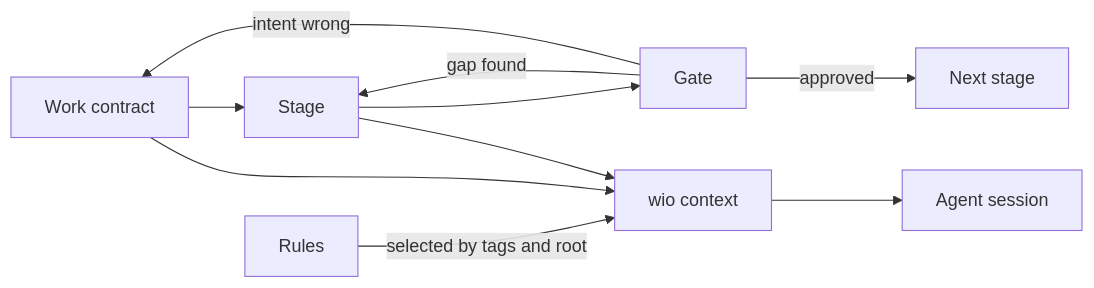
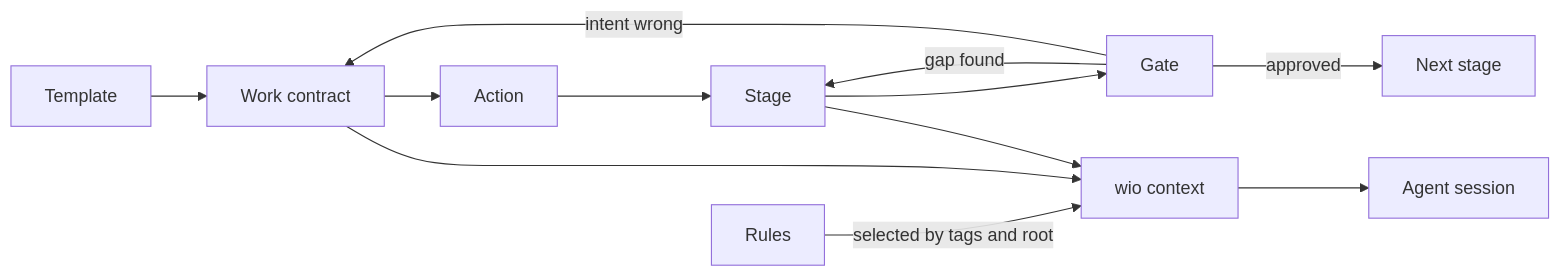
Before and after one commit to msitarz/wio: the diagram in docs/concepts.md, drawn with Mermaid. The commit also changed other lines of this file and 1 other file, not shown here.

````diff
--- a/docs/concepts.md
+++ b/docs/concepts.md
@@ -39,12 +46,14 @@
 ```mermaid
 flowchart LR
-    C[Work contract] --> S[Stage]
+    T[Template] --> C[Work contract]
+    C --> A[Action]
+    A --> S[Stage]
     S --> G[Gate]
     G -->|approved| S2[Next stage]
     G -->|gap found| S
     G -->|intent wrong| C
     R[Rules] -->|selected by tags and root| X[wio context]
     C --> X
     S --> X
-    X --> A[Agent session]
+    X --> AG[Agent session]
 ```
````
